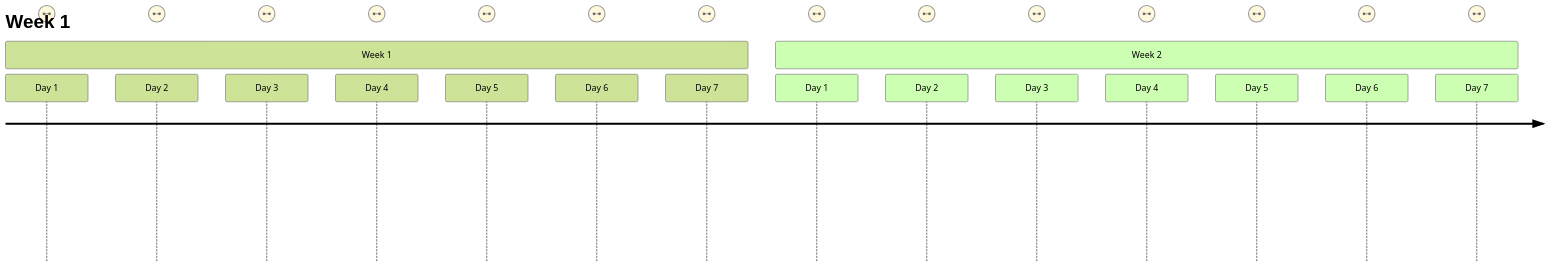
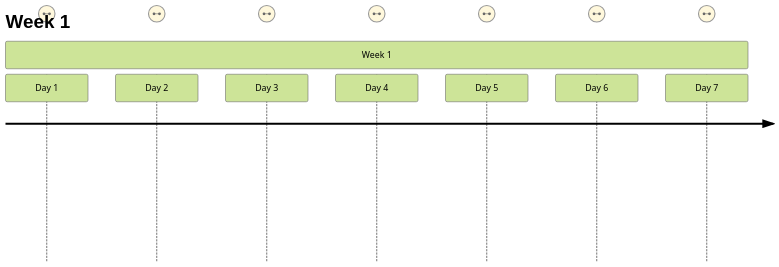
Before and after one commit to metigator/Roadmap: the diagram in README.md, drawn with Mermaid (forest theme).

````diff
--- a/README.md
+++ b/README.md
@@ -1,20 +1,12 @@
 ```mermaid
 journey
     title Week 1
     section Week 1
       Day 1: Me
       Day 2: Me
       Day 3: Me
       Day 4: Me
       Day 5: Me
       Day 6: Me
       Day 7: Me
-    section Week 2
-      Day 1: Me
-      Day 2: Me
-      Day 3: Me
-      Day 4: Me
-      Day 5: Me
-      Day 6: Me 
-      Day 7: Me
 ```
````
